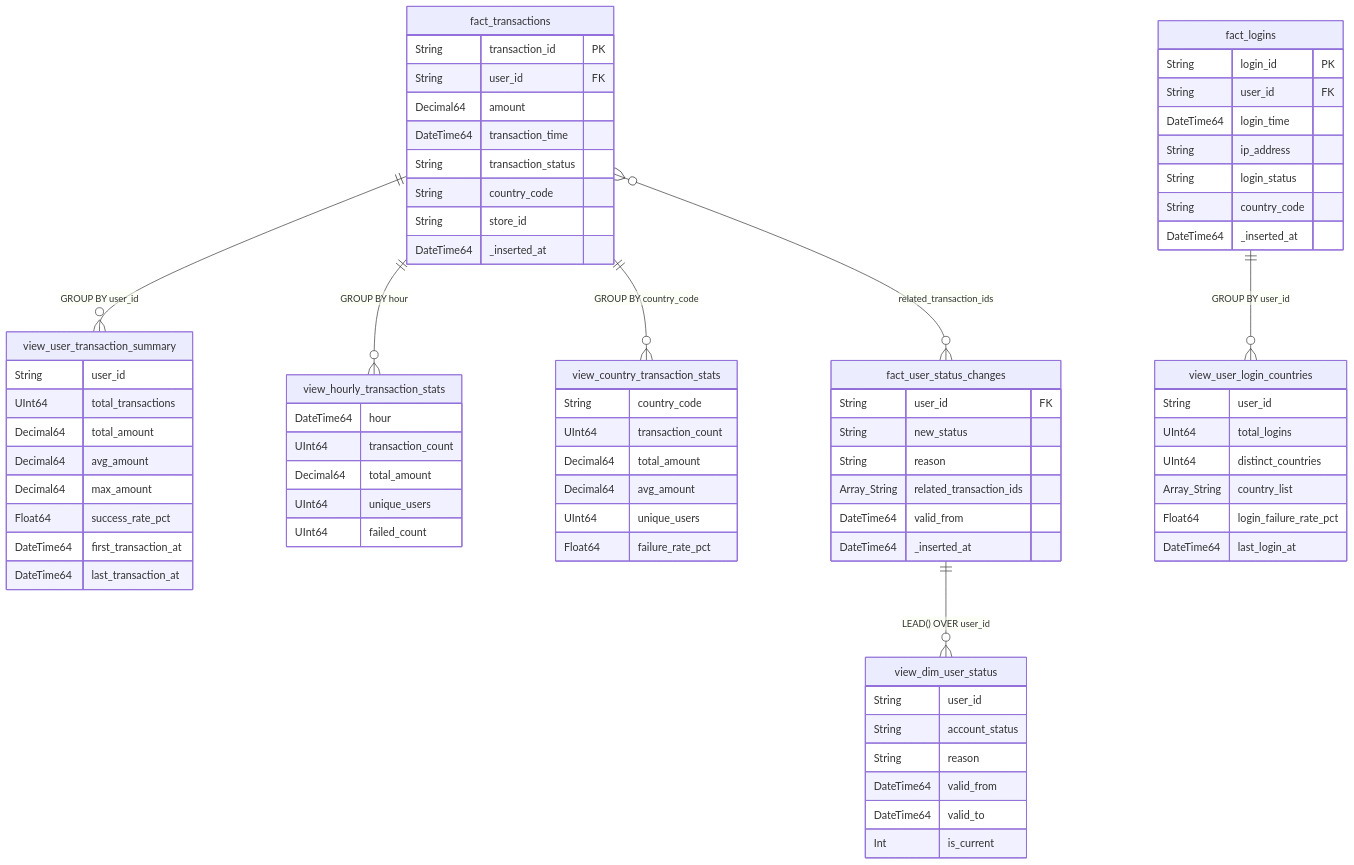
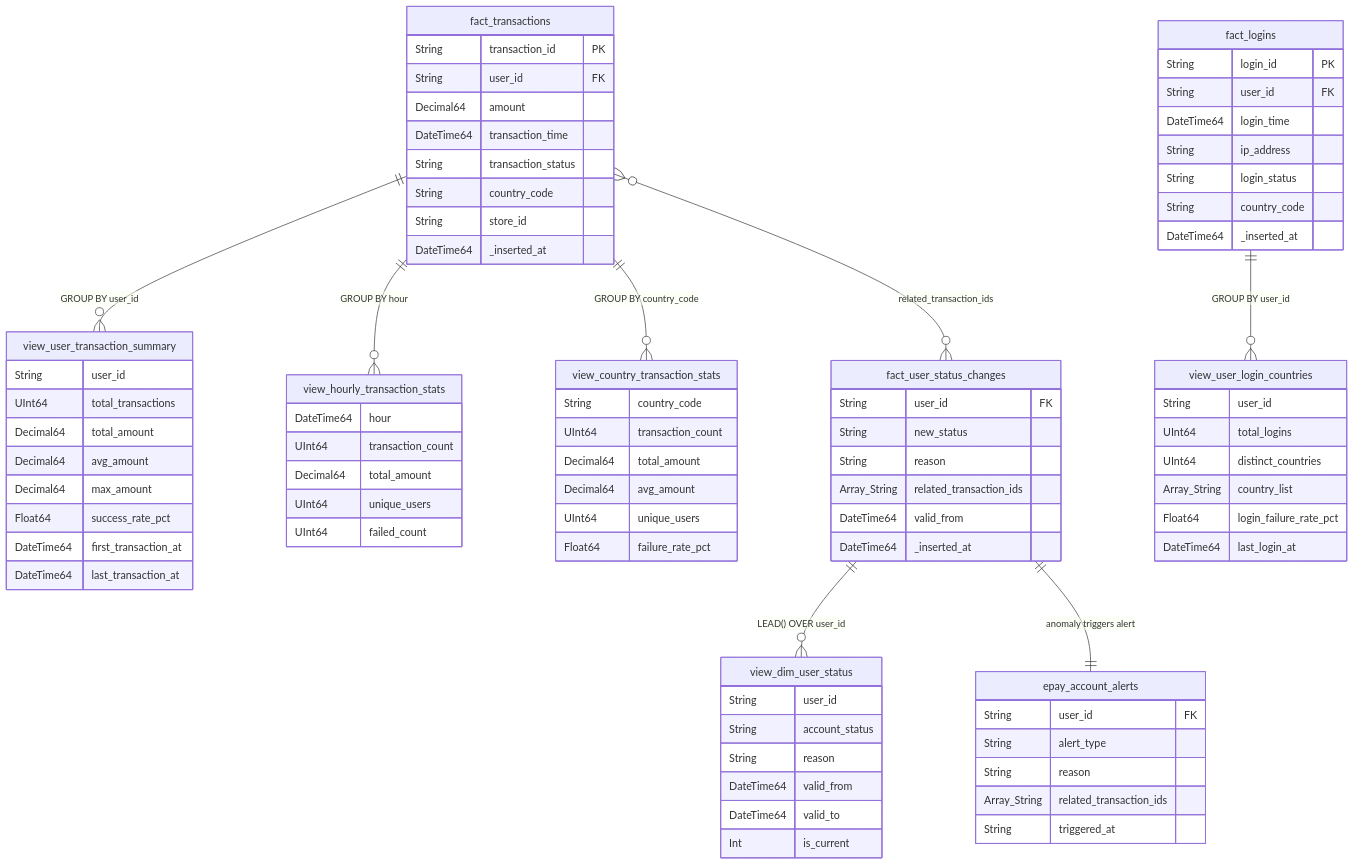
One commit to itoyuhao/kafka-pub-sub-system changed the diagram in docs/er-diagram.mermaid. Above: the diagram before and after it, drawn with Mermaid. The commit also changed 2 other files, not shown here.

```diff
--- a/docs/er-diagram.mermaid
+++ b/docs/er-diagram.mermaid
@@ -1,83 +1,92 @@
 erDiagram
     fact_transactions {
         String transaction_id PK
         String user_id FK
         Decimal64 amount
         DateTime64 transaction_time
         String transaction_status
         String country_code
         String store_id
         DateTime64 _inserted_at
     }
 
     fact_logins {
         String login_id PK
         String user_id FK
         DateTime64 login_time
         String ip_address
         String login_status
         String country_code
         DateTime64 _inserted_at
     }
 
     fact_user_status_changes {
         String user_id FK
         String new_status
         String reason
         Array_String related_transaction_ids
         DateTime64 valid_from
         DateTime64 _inserted_at
+    }
+
+    epay_account_alerts {
+        String user_id FK
+        String alert_type
+        String reason
+        Array_String related_transaction_ids
+        String triggered_at
     }
 
     view_dim_user_status {
         String user_id
         String account_status
         String reason
         DateTime64 valid_from
         DateTime64 valid_to
         Int is_current
     }
 
     view_user_transaction_summary {
         String user_id
         UInt64 total_transactions
         Decimal64 total_amount
         Decimal64 avg_amount
         Decimal64 max_amount
         Float64 success_rate_pct
         DateTime64 first_transaction_at
         DateTime64 last_transaction_at
     }
 
     view_user_login_countries {
         String user_id
         UInt64 total_logins
         UInt64 distinct_countries
         Array_String country_list
         Float64 login_failure_rate_pct
         DateTime64 last_login_at
     }
 
     view_hourly_transaction_stats {
         DateTime64 hour
         UInt64 transaction_count
         Decimal64 total_amount
         UInt64 unique_users
         UInt64 failed_count
     }
 
     view_country_transaction_stats {
         String country_code
         UInt64 transaction_count
         Decimal64 total_amount
         Decimal64 avg_amount
         UInt64 unique_users
         Float64 failure_rate_pct
     }
 
     fact_transactions ||--o{ view_user_transaction_summary : "GROUP BY user_id"
     fact_transactions ||--o{ view_hourly_transaction_stats : "GROUP BY hour"
     fact_transactions ||--o{ view_country_transaction_stats : "GROUP BY country_code"
     fact_logins ||--o{ view_user_login_countries : "GROUP BY user_id"
     fact_user_status_changes ||--o{ view_dim_user_status : "LEAD() OVER user_id"
     fact_transactions }o--o{ fact_user_status_changes : "related_transaction_ids"
+    fact_user_status_changes ||--|| epay_account_alerts : "anomaly triggers alert"
```
